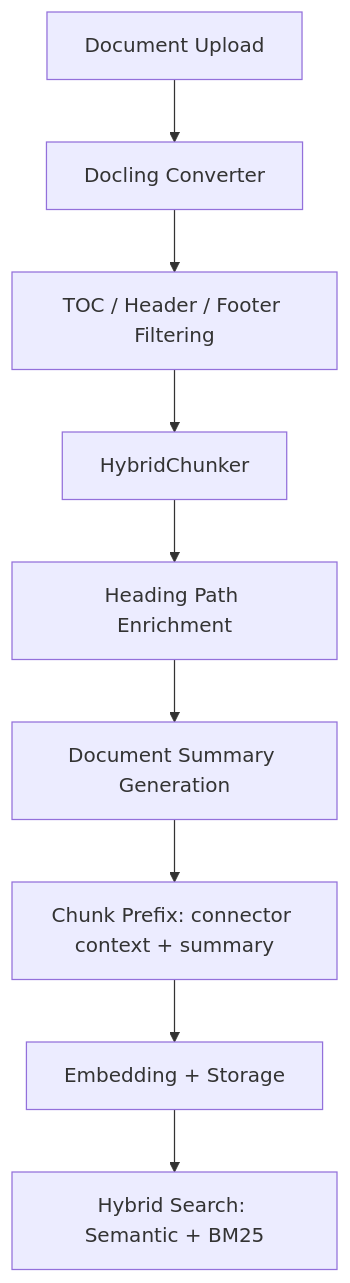
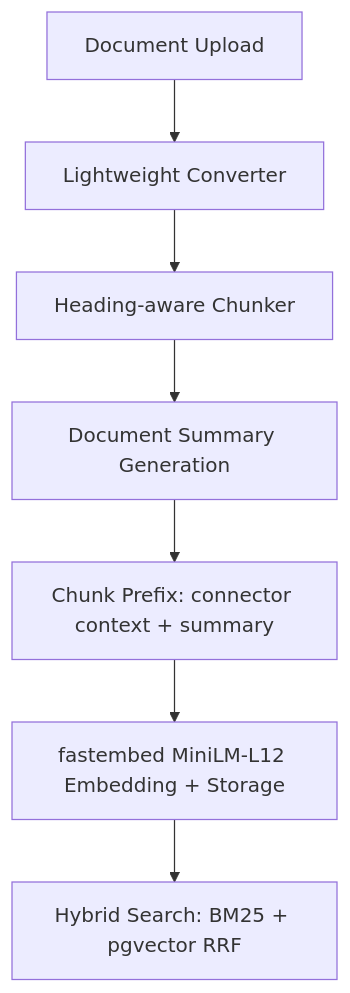
The third of 3 diagrams in docs/architecture/overview.md (evoila/meho), drawn with Mermaid before and after one commit. The commit also changed other lines of this file and 82 other files, not shown here.

````diff
--- a/docs/architecture/overview.md
+++ b/docs/architecture/overview.md
@@ -220,11 +222,9 @@
 ```mermaid
 flowchart TD
-    Upload[Document Upload] --> Convert[Docling Converter]
-    Convert --> Filter[TOC / Header / Footer Filtering]
-    Filter --> Chunk[HybridChunker]
-    Chunk --> Enrich[Heading Path Enrichment]
-    Enrich --> Summary[Document Summary Generation]
+    Upload[Document Upload] --> Convert[Lightweight Converter]
+    Convert --> Chunk[Heading-aware Chunker]
+    Chunk --> Summary[Document Summary Generation]
     Summary --> Prefix[Chunk Prefix: connector context + summary]
-    Prefix --> Embed[Embedding + Storage]
-    Embed --> Search[Hybrid Search: Semantic + BM25]
+    Prefix --> Embed[fastembed MiniLM-L12 Embedding + Storage]
+    Embed --> Search[Hybrid Search: BM25 + pgvector RRF]
 ```
````
